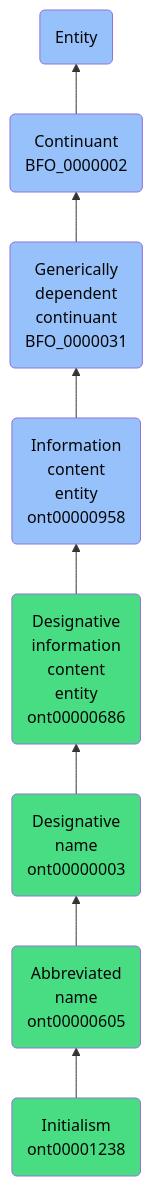
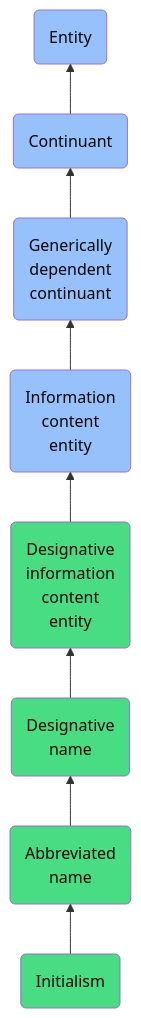
The diagram in docs/ontology/reference/model/Entity/Continuant/Generically dependent continuant/Information content entity/Designative information content entity/Designative name/Abbreviated name/Initialism/Initialism.md (jupyter-naas/abi), drawn with Mermaid before and after one commit. The commit also changed other lines of this file and 1430 other files, not shown here.

````diff
--- a/docs/ontology/reference/model/Entity/Continuant/Generically dependent continuant/Information content entity/Designative information content entity/Designative name/Abbreviated name/Initialism/Initialism.md
+++ b/docs/ontology/reference/model/Entity/Continuant/Generically dependent continuant/Information content entity/Designative information content entity/Designative name/Abbreviated name/Initialism/Initialism.md
@@ -24,15 +24,15 @@
 ```mermaid
 graph BT
-    ont00001238(Initialism<br>ont00001238):::ABI-->ont00000605
-    ont00000605(Abbreviated<br>name<br>ont00000605):::ABI-->ont00000003
-    ont00000003(Designative<br>name<br>ont00000003):::ABI-->ont00000686
-    ont00000686(Designative<br>information<br>content<br>entity<br>ont00000686):::ABI-->ont00000958
-    ont00000958(Information<br>content<br>entity<br>ont00000958):::BFO-->BFO_0000031
-    BFO_0000031(Generically<br>dependent<br>continuant<br>BFO_0000031):::BFO-->BFO_0000002
-    BFO_0000002(Continuant<br>BFO_0000002):::BFO-->BFO_0000001
+    ont00001238(Initialism):::ABI-->ont00000605
+    ont00000605(Abbreviated<br>name):::ABI-->ont00000003
+    ont00000003(Designative<br>name):::ABI-->ont00000686
+    ont00000686(Designative<br>information<br>content<br>entity):::ABI-->ont00000958
+    ont00000958(Information<br>content<br>entity):::BFO-->BFO_0000031
+    BFO_0000031(Generically<br>dependent<br>continuant):::BFO-->BFO_0000002
+    BFO_0000002(Continuant):::BFO-->BFO_0000001
     BFO_0000001(Entity):::BFO
     
     classDef BFO fill:#97c1fb,color:#060606
     classDef CCO fill:#e4c51e,color:#060606
     classDef ABI fill:#48DD82,color:#060606
 ```
````
